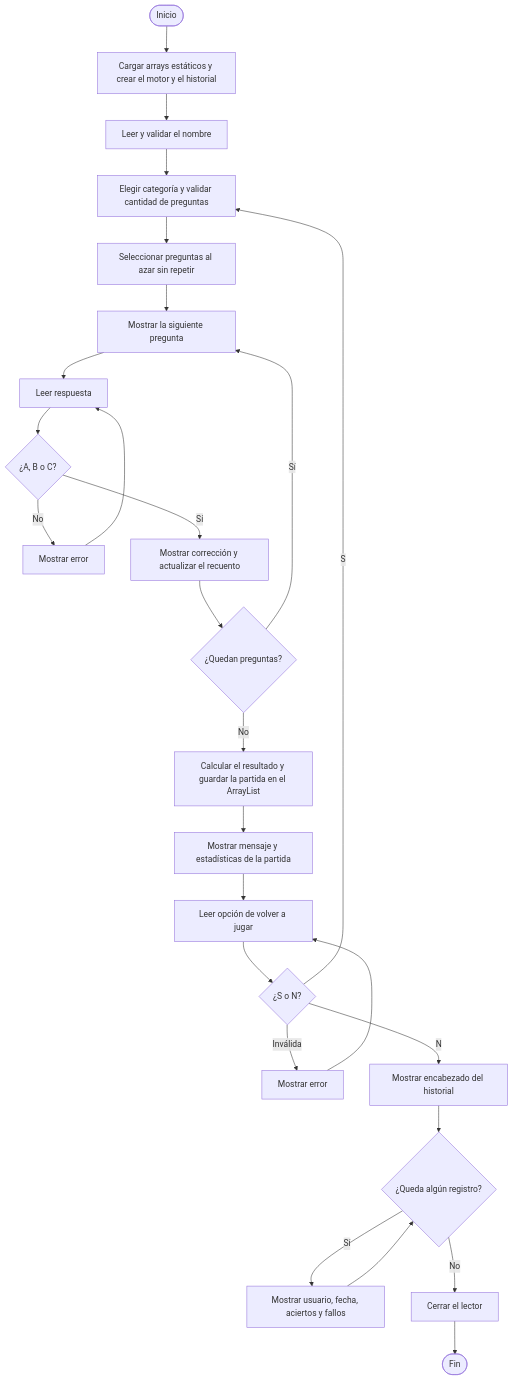
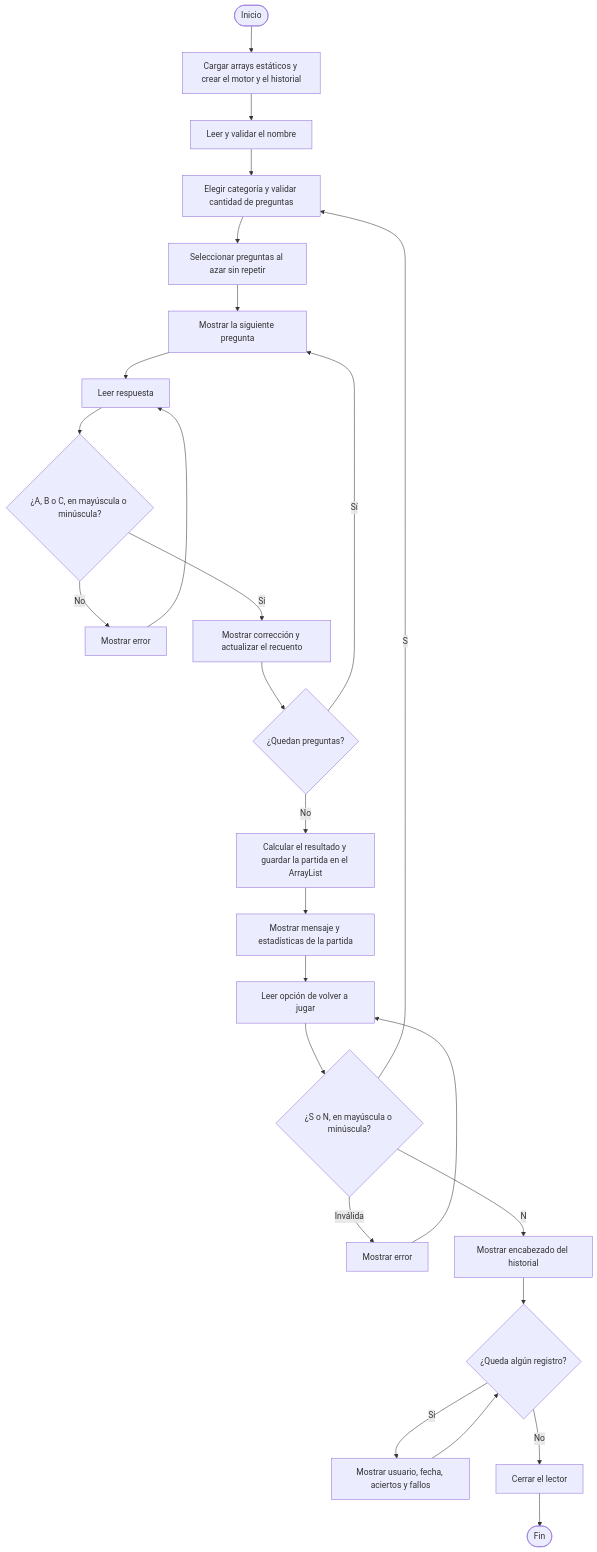
One commit to DavidSBPinsti/Proyecto-2 changed the diagram in flujo.md. Above: the diagram before and after it, drawn with Mermaid. The commit also changed 5 other files, not shown here.

Commit message:
Completar UML y normalizar constantes del quiz

````diff
--- a/flujo.md
+++ b/flujo.md
@@ -3,28 +3,28 @@
 ```mermaid
 flowchart TD
     A([Inicio]) --> B[Cargar arrays estáticos y crear el motor y el historial]
     B --> C[Leer y validar el nombre]
     C --> D[Elegir categoría y validar cantidad de preguntas]
     D --> E[Seleccionar preguntas al azar sin repetir]
     E --> F[Mostrar la siguiente pregunta]
     F --> G[Leer respuesta]
-    G --> H{"¿A, B o C?"}
+    G --> H{"¿A, B o C, en mayúscula o minúscula?"}
     H -- No --> I[Mostrar error]
     I --> G
     H -- Sí --> J[Mostrar corrección y actualizar el recuento]
     J --> K{¿Quedan preguntas?}
     K -- Sí --> F
     K -- No --> L[Calcular el resultado y guardar la partida en el ArrayList]
     L --> M[Mostrar mensaje y estadísticas de la partida]
     M --> N[Leer opción de volver a jugar]
-    N --> O{"¿S o N?"}
+    N --> O{"¿S o N, en mayúscula o minúscula?"}
     O -- Inválida --> P[Mostrar error]
     P --> N
     O -- S --> D
     O -- N --> Q[Mostrar encabezado del historial]
     Q --> R{¿Queda algún registro?}
     R -- Sí --> S[Mostrar usuario, fecha, aciertos y fallos]
     S --> R
     R -- No --> T[Cerrar el lector]
     T --> U([Fin])
 ```
````
